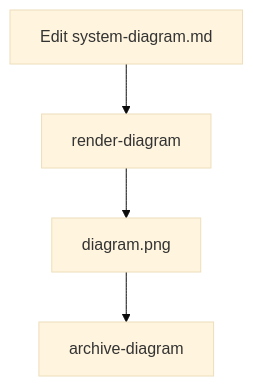
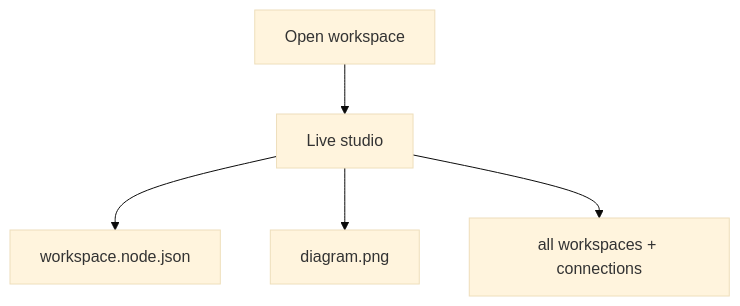
One commit to BenCauffman/code-to-diagram changed the diagram in README.md. Above: the diagram before and after it, drawn with Mermaid (base theme). The commit also changed other lines of this file and 14 other files, not shown here.

First line of the commit message:
Refactor workspace management and enhance diagram rendering

````diff
--- a/README.md
+++ b/README.md
@@ -85,6 +63,7 @@
 ```mermaid
 flowchart TD
-  Edit[Edit system-diagram.md] --> Render[render-diagram]
-  Render --> Image[diagram.png]
-  Image --> Archive[archive-diagram]
+  Open[Open workspace] --> Studio[Live studio]
+  Studio --> Source[workspace.node.json]
+  Studio --> Image[diagram.png]
+  Studio --> Graph[all workspaces + connections]
 ```
````
